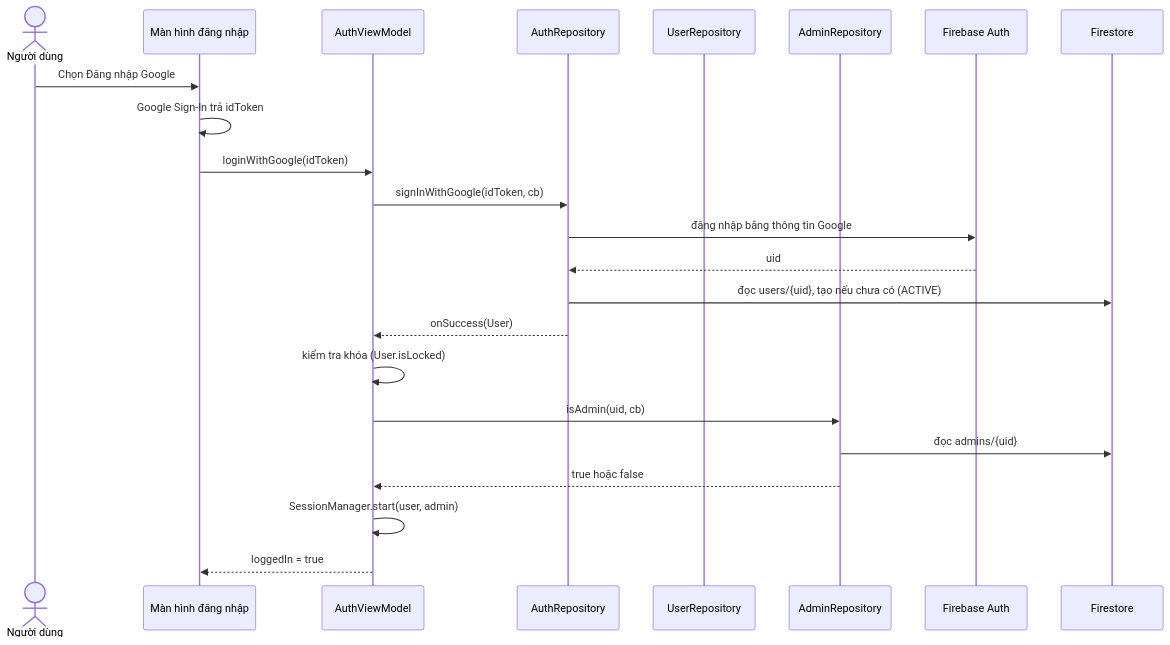
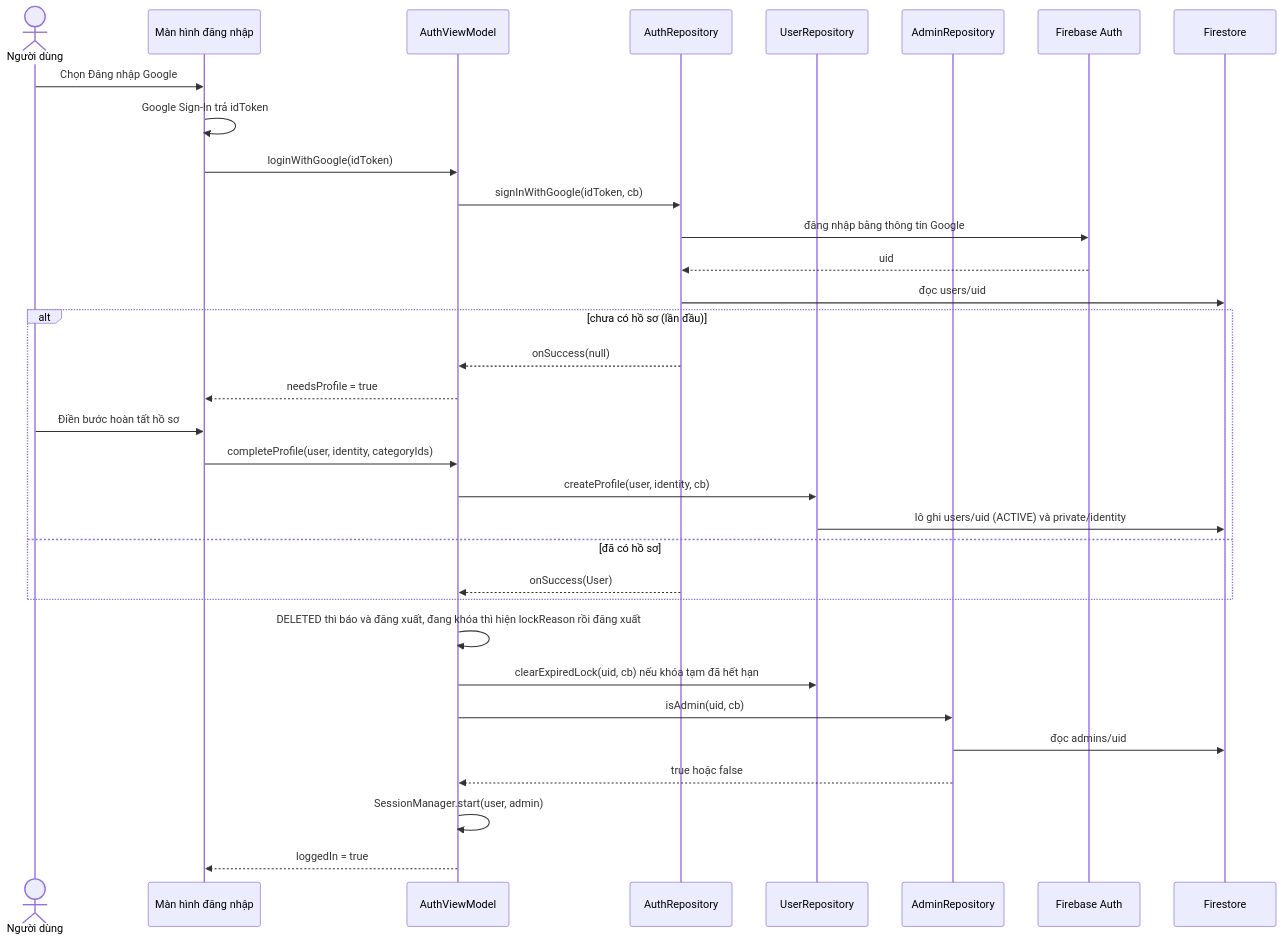
Before and after one commit to tahpnart8/NHOM3-MobileApp: the first of 7 diagrams in workflow/docs/architecture/luong-xu-ly.md, drawn with Mermaid. The commit also changed other lines of this file and 116 other files, not shown here.

````diff
--- a/workflow/docs/architecture/luong-xu-ly.md
+++ b/workflow/docs/architecture/luong-xu-ly.md
@@ -14,25 +17,35 @@
 ```mermaid
 sequenceDiagram
     actor U as Người dùng
     participant V as Màn hình đăng nhập
     participant VM as AuthViewModel
     participant AR as AuthRepository
     participant UR as UserRepository
     participant AD as AdminRepository
     participant FA as Firebase Auth
     participant FS as Firestore
     U->>V: Chọn Đăng nhập Google
     V->>V: Google Sign-In trả idToken
     V->>VM: loginWithGoogle(idToken)
     VM->>AR: signInWithGoogle(idToken, cb)
     AR->>FA: đăng nhập bằng thông tin Google
     FA-->>AR: uid
-    AR->>FS: đọc users/{uid}, tạo nếu chưa có (ACTIVE)
-    AR-->>VM: onSuccess(User)
-    VM->>VM: kiểm tra khóa (User.isLocked)
+    AR->>FS: đọc users/uid
+    alt chưa có hồ sơ (lần đầu)
+        AR-->>VM: onSuccess(null)
+        VM-->>V: needsProfile = true
+        U->>V: Điền bước hoàn tất hồ sơ
+        V->>VM: completeProfile(user, identity, categoryIds)
+        VM->>UR: createProfile(user, identity, cb)
+        UR->>FS: lô ghi users/uid (ACTIVE) và private/identity
+    else đã có hồ sơ
+        AR-->>VM: onSuccess(User)
+    end
+    VM->>VM: DELETED thì báo và đăng xuất, đang khóa thì hiện lockReason rồi đăng xuất
+    VM->>UR: clearExpiredLock(uid, cb) nếu khóa tạm đã hết hạn
     VM->>AD: isAdmin(uid, cb)
-    AD->>FS: đọc admins/{uid}
+    AD->>FS: đọc admins/uid
     AD-->>VM: true hoặc false
     VM->>VM: SessionManager.start(user, admin)
     VM-->>V: loggedIn = true
 ```
````
